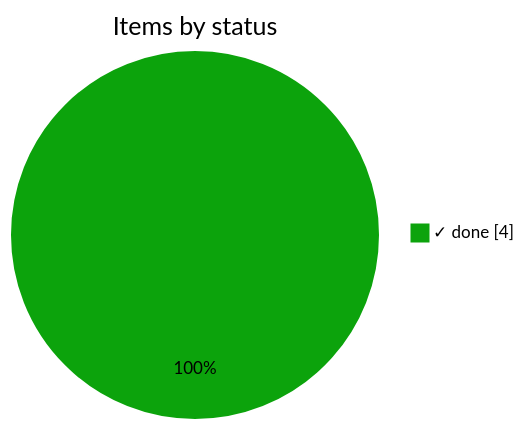
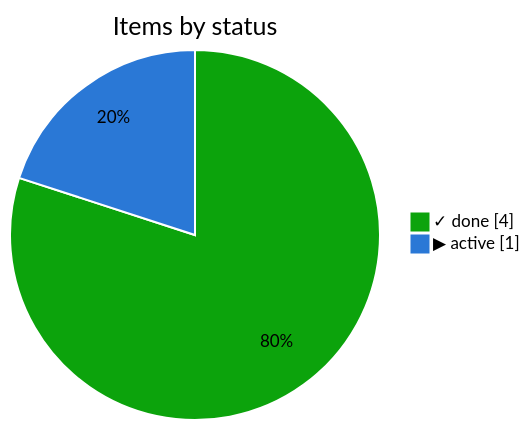
Before and after one commit to bvraghav/pmtrack: the first of 3 diagrams in ci.md, drawn with Mermaid. The commit also changed other lines of this file and 4 other files, not shown here.

````diff
--- a/ci.md
+++ b/ci.md
@@ -9,5 +9,6 @@
 ```mermaid
-%%{init: {"themeVariables": {"pie1": "#0ca30c", "pieOpacity": "1", "pieSectionTextColor": "#000", "pieStrokeColor": "#fff", "pieStrokeWidth": "2px", "pieOuterStrokeWidth": "0px"}}}%%
+%%{init: {"themeVariables": {"pie1": "#0ca30c", "pie2": "#2a78d6", "pieOpacity": "1", "pieSectionTextColor": "#000", "pieStrokeColor": "#fff", "pieStrokeWidth": "2px", "pieOuterStrokeWidth": "0px"}}}%%
 pie showData title Items by status
   "✓ done" : 4
+  "▶ active" : 1
 ```
````
